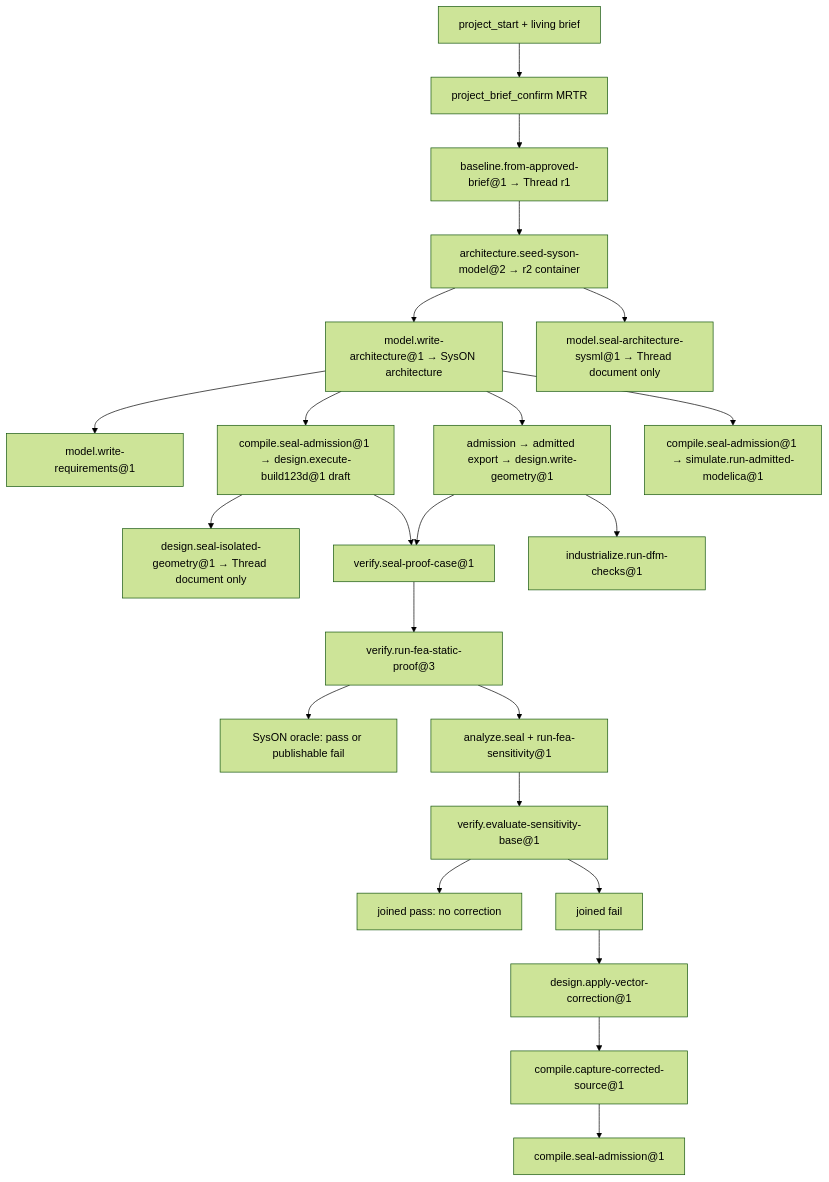
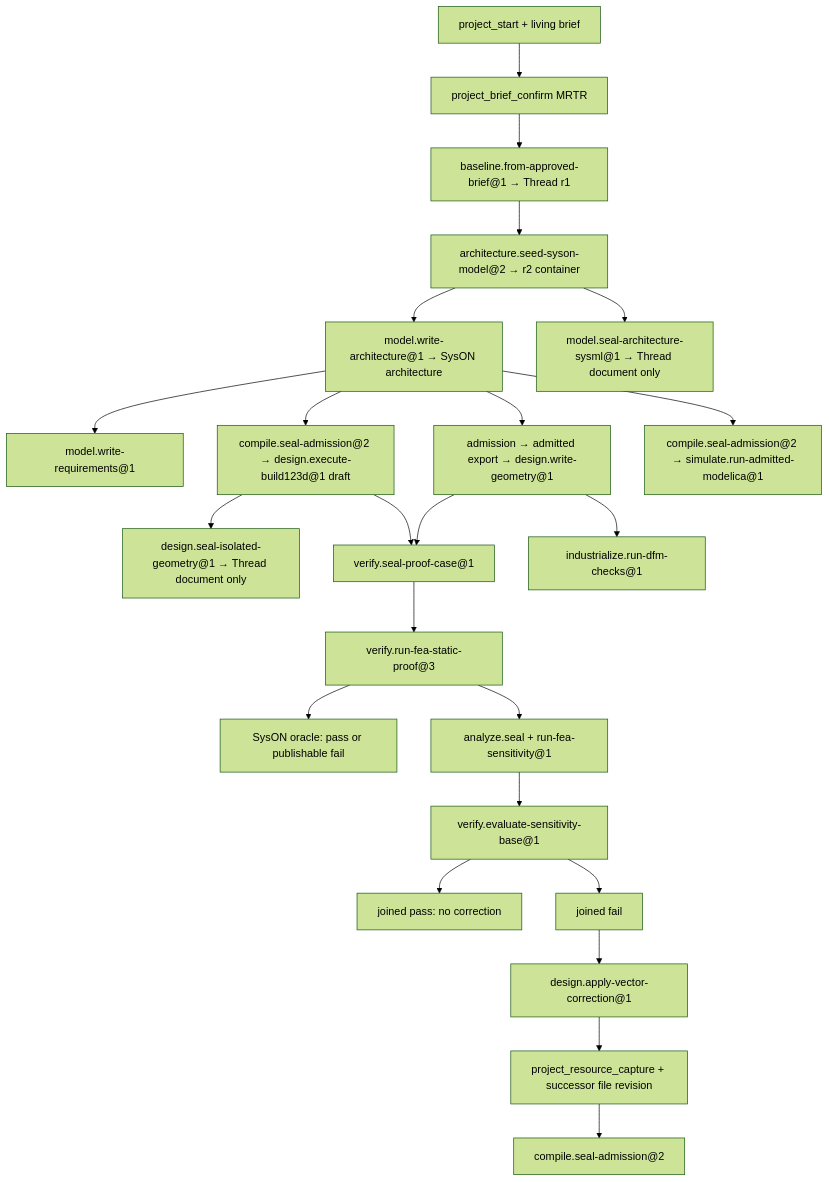
One commit to Casys-AI/casys-digital-thread changed the second of 2 diagrams in docs/reference/agent/agent-workspace.md. Above: the diagram before and after it, drawn with Mermaid (forest theme). The commit also changed other lines of this file and 181 other files, not shown here.

Commit message:
feat(compile): bind technical sources to project workspace

````diff
--- a/docs/reference/agent/agent-workspace.md
+++ b/docs/reference/agent/agent-workspace.md
@@ -480,25 +477,25 @@
 ```mermaid
 flowchart TD
   intent["project_start + living brief"] --> confirm["project_brief_confirm MRTR"]
   confirm --> r1["baseline.from-approved-brief@1 → Thread r1"]
   r1 --> seed["architecture.seed-syson-model@2 → r2 container"]
   seed --> arch["model.write-architecture@1 → SysON architecture"]
   seed --> sealSysml["model.seal-architecture-sysml@1 → Thread document only"]
   arch --> req["model.write-requirements@1"]
   arch --> geomA["admission → admitted export → design.write-geometry@1"]
-  arch --> geomB["compile.seal-admission@1 → design.execute-build123d@1 draft"]
-  arch --> moAdmit["compile.seal-admission@1 → simulate.run-admitted-modelica@1"]
+  arch --> geomB["compile.seal-admission@2 → design.execute-build123d@1 draft"]
+  arch --> moAdmit["compile.seal-admission@2 → simulate.run-admitted-modelica@1"]
   geomB --> sealGeom["design.seal-isolated-geometry@1 → Thread document only"]
   geomA --> proof["verify.seal-proof-case@1"]
   geomB --> proof
   proof --> fea3["verify.run-fea-static-proof@3"]
   fea3 --> verdict["SysON oracle: pass or publishable fail"]
   fea3 --> sens["analyze.seal + run-fea-sensitivity@1"]
   sens --> join["verify.evaluate-sensitivity-base@1"]
   join --> passNode["joined pass: no correction"]
   join --> failNode["joined fail"]
   failNode --> corr["design.apply-vector-correction@1"]
-  corr --> zsrc["compile.capture-corrected-source@1"]
-  zsrc --> reseal["compile.seal-admission@1"]
+  corr --> zsrc["project_resource_capture + successor file revision"]
+  zsrc --> reseal["compile.seal-admission@2"]
   geomA --> dfm["industrialize.run-dfm-checks@1"]
 ```
````
